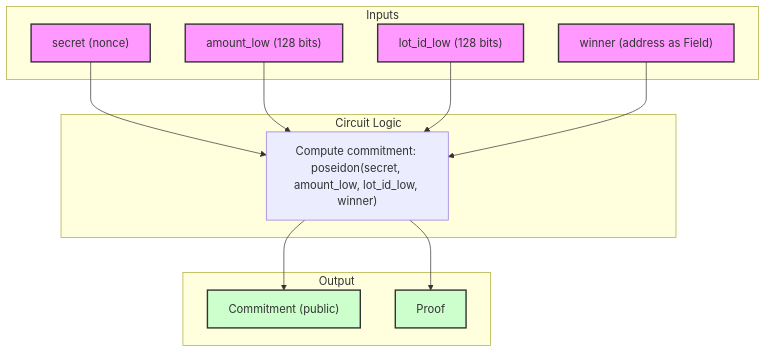
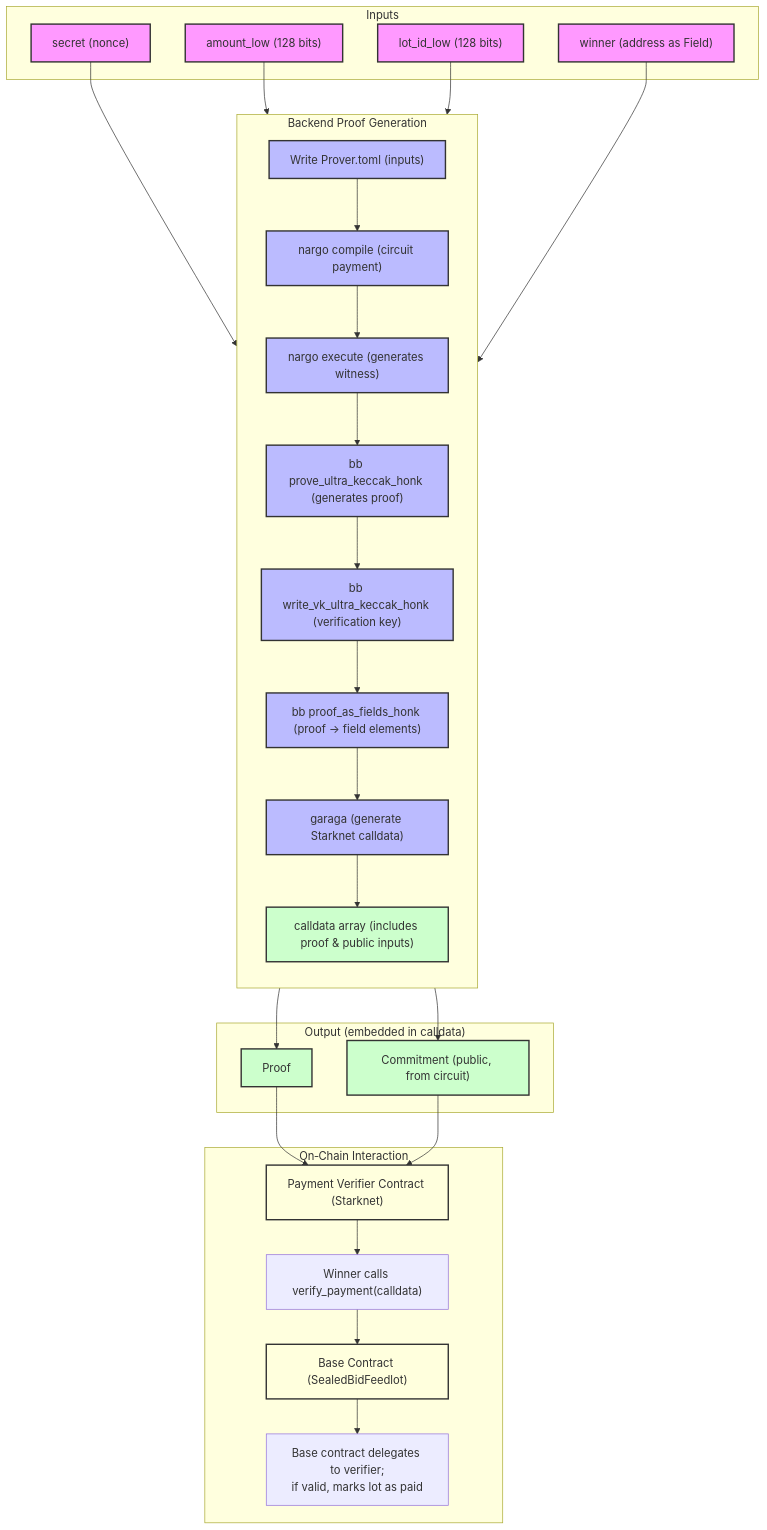
One commit to vices1967-beep/zk-sealed-cattle changed the second of 3 diagrams in README.md. Above: the diagram before and after it, drawn with Mermaid. The commit also changed other lines of this file and 4 other files, not shown here.

First line of the commit message:
docs: update README with circuit diagrams, new deployed contracts, and header image

````diff
--- a/README.md
+++ b/README.md
@@ -276,32 +300,72 @@
 ```mermaid
 graph TD
     subgraph "Inputs"
         S["secret (nonce)"]
         AL["amount_low (128 bits)"]
         LL["lot_id_low (128 bits)"]
         W["winner (address as Field)"]
     end
 
-    subgraph "Circuit Logic"
-        H["Compute commitment: poseidon(secret, amount_low, lot_id_low, winner)"]
+    subgraph "Backend Proof Generation"
+        direction TB
+        PT["Write Prover.toml (inputs)"]
+        NC["nargo compile (circuit payment)"]
+        NE["nargo execute (generates witness)"]
+        BP["bb prove_ultra_keccak_honk (generates proof)"]
+        BV["bb write_vk_ultra_keccak_honk (verification key)"]
+        BF["bb proof_as_fields_honk (proof → field elements)"]
+        GAR["garaga (generate Starknet calldata)"]
+        CD["calldata array (includes proof & public inputs)"]
     end
 
-    subgraph "Output"
-        C["Commitment (public)"]
+    subgraph "Output (embedded in calldata)"
+        C["Commitment (public, from circuit)"]
         P["Proof"]
     end
 
-    S --> H
-    AL --> H
-    LL --> H
-    W --> H
-    H --> C
-    H --> P
+    subgraph "On‑Chain Interaction"
+        VC2["Payment Verifier Contract (Starknet)"]
+        BC2["Base Contract (SealedBidFeedlot)"]
+        Call2["Winner calls verify_payment(calldata)"]
+        Update2["Base contract delegates to verifier;<br>if valid, marks lot as paid"]
+    end
+
+    S --> PT
+    AL --> PT
+    LL --> PT
+    W --> PT
+
+    PT --> NC
+    NC --> NE
+    NE --> BP
+    BP --> BV
+    BV --> BF
+    BF --> GAR
+    GAR --> CD
+
+    CD --> C
+    CD --> P
+
+    P --> VC2
+    C --> VC2
+    VC2 --> Call2
+    Call2 --> BC2
+    BC2 --> Update2
 
     style S fill:#f9f,stroke:#333,stroke-width:2px
     style AL fill:#f9f,stroke:#333,stroke-width:2px
     style LL fill:#f9f,stroke:#333,stroke-width:2px
     style W fill:#f9f,stroke:#333,stroke-width:2px
+    style PT fill:#bbf,stroke:#333,stroke-width:2px
+    style NC fill:#bbf,stroke:#333,stroke-width:2px
+    style NE fill:#bbf,stroke:#333,stroke-width:2px
+    style BP fill:#bbf,stroke:#333,stroke-width:2px
+    style BV fill:#bbf,stroke:#333,stroke-width:2px
+    style BF fill:#bbf,stroke:#333,stroke-width:2px
+    style GAR fill:#bbf,stroke:#333,stroke-width:2px
+    style CD fill:#cfc,stroke:#333,stroke-width:2px
     style C fill:#cfc,stroke:#333,stroke-width:2px
     style P fill:#cfc,stroke:#333,stroke-width:2px
+    style VC2 fill:#ffd,stroke:#333,stroke-width:2px
+    style BC2 fill:#ffd,stroke:#333,stroke-width:2px
 ```
````
